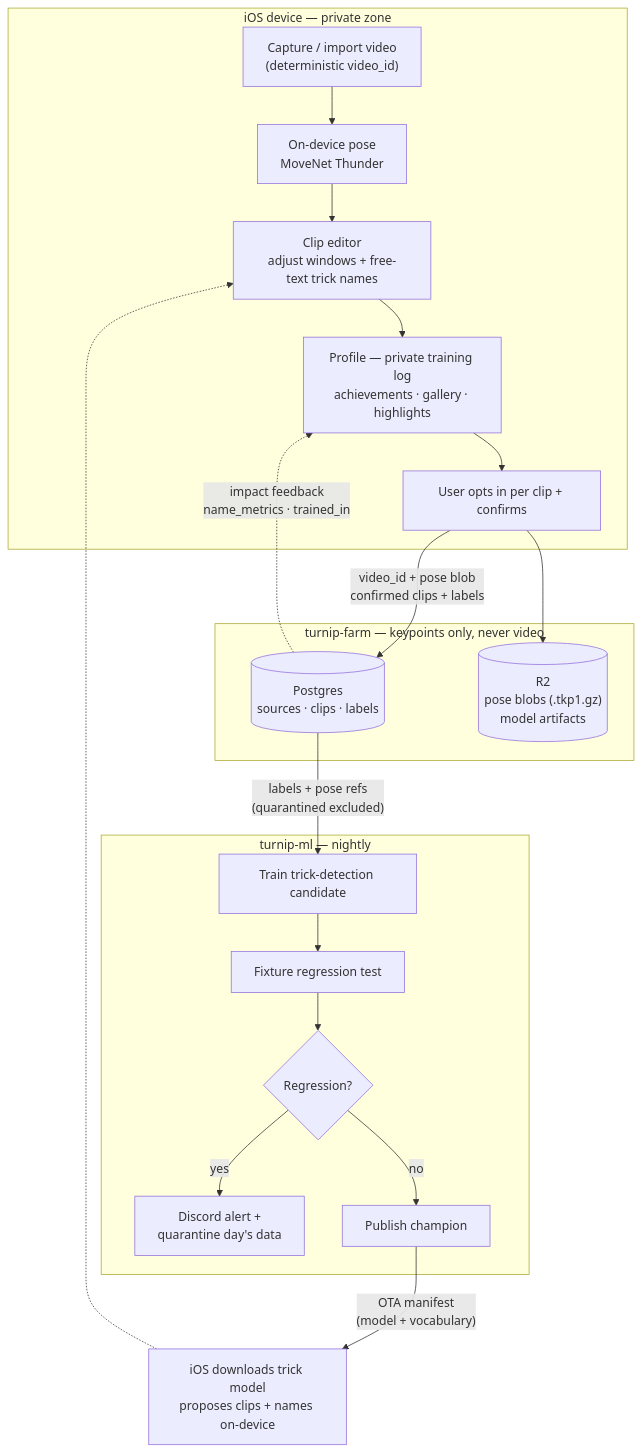
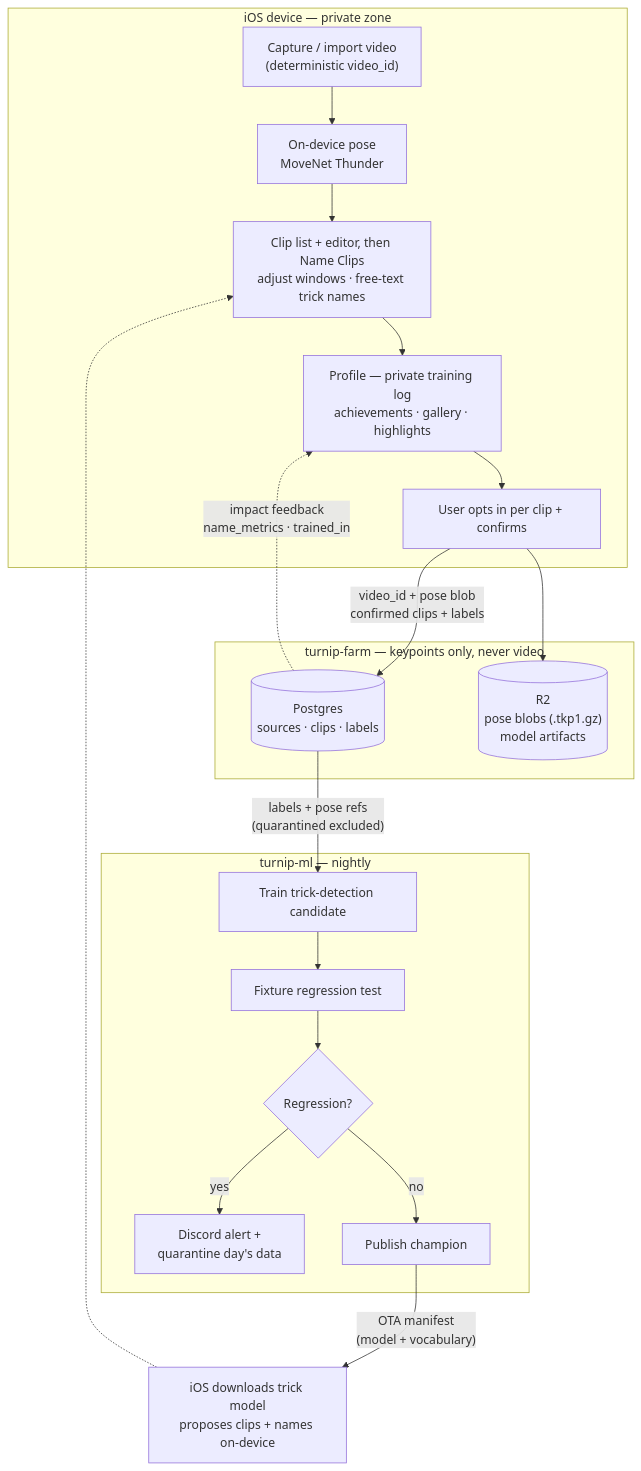
Before and after one commit to claoie/turnip-farm: the diagram in docs/MASTER_PLAN.md, drawn with Mermaid. The commit also changed other lines of this file, not shown here.

Commit message:
docs: labeling lives in a naming step after the clip list, not the editor

````diff
--- a/docs/MASTER_PLAN.md
+++ b/docs/MASTER_PLAN.md
@@ -57,31 +57,31 @@
 ```mermaid
 flowchart TB
     subgraph Device["iOS device — private zone"]
         A["Capture / import video<br/>(deterministic video_id)"]
         B["On-device pose<br/>MoveNet Thunder"]
-        C["Clip editor<br/>adjust windows + free-text trick names"]
+        C["Clip list + editor, then Name Clips<br/>adjust windows · free-text trick names"]
         P["Profile — private training log<br/>achievements · gallery · highlights"]
         D["User opts in per clip + confirms"]
     end
     subgraph Farm["turnip-farm — keypoints only, never video"]
         E[("Postgres<br/>sources · clips · labels")]
         F[("R2<br/>pose blobs (.tkp1.gz)<br/>model artifacts")]
     end
     subgraph ML["turnip-ml — nightly"]
         G["Train trick-detection candidate"]
         H["Fixture regression test"]
         I{"Regression?"}
         J["Discord alert +<br/>quarantine day's data"]
         K["Publish champion"]
     end
     A --> B --> C --> P --> D
     D -->|"video_id + pose blob<br/>confirmed clips + labels"| E
     D --> F
     E -->|"labels + pose refs<br/>(quarantined excluded)"| G
     G --> H --> I
     I -->|"yes"| J
     I -->|"no"| K
     K -->|"OTA manifest<br/>(model + vocabulary)"| L["iOS downloads trick model<br/>proposes clips + names on-device"]
     L -.-> C
     E -.->|"impact feedback<br/>name_metrics · trained_in"| P
 ```
````
